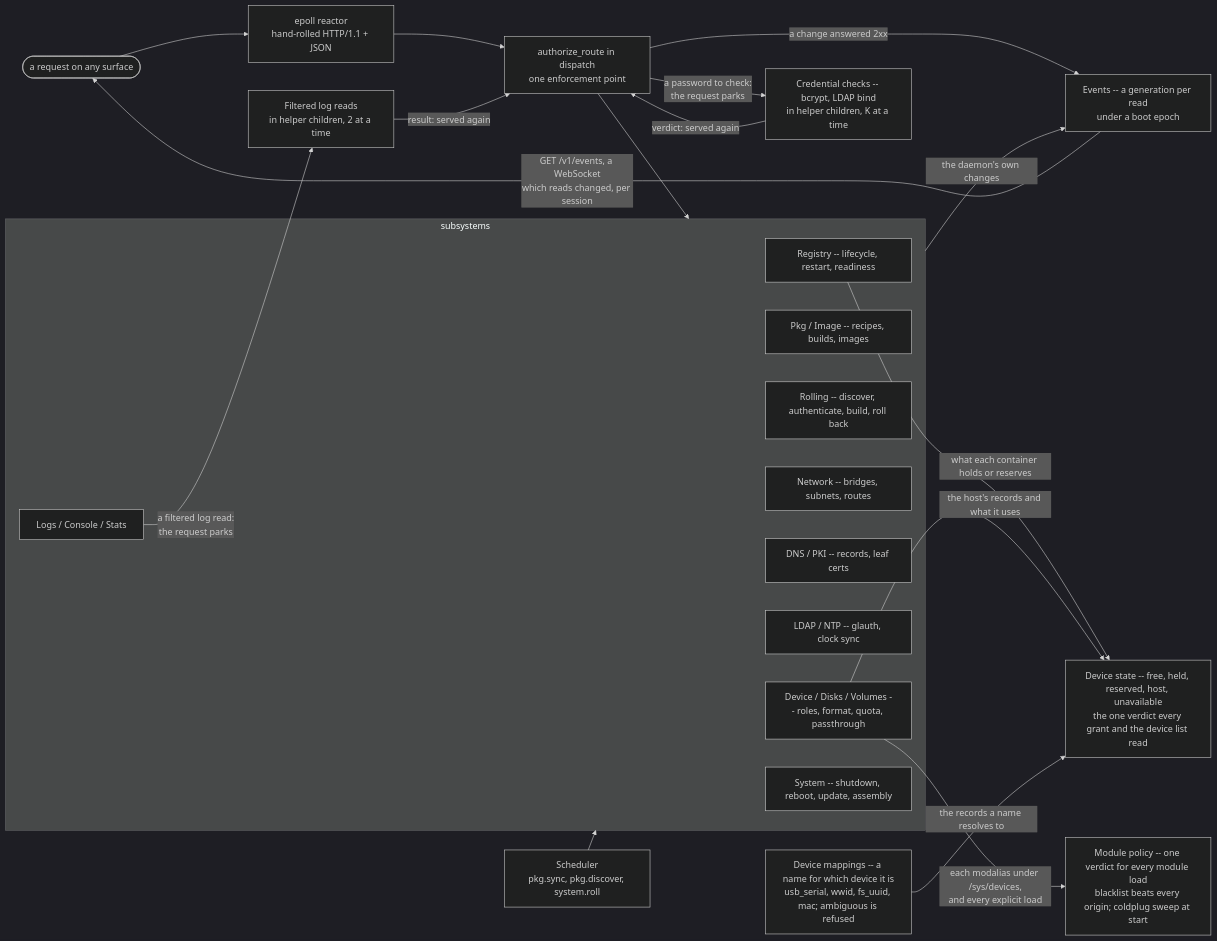
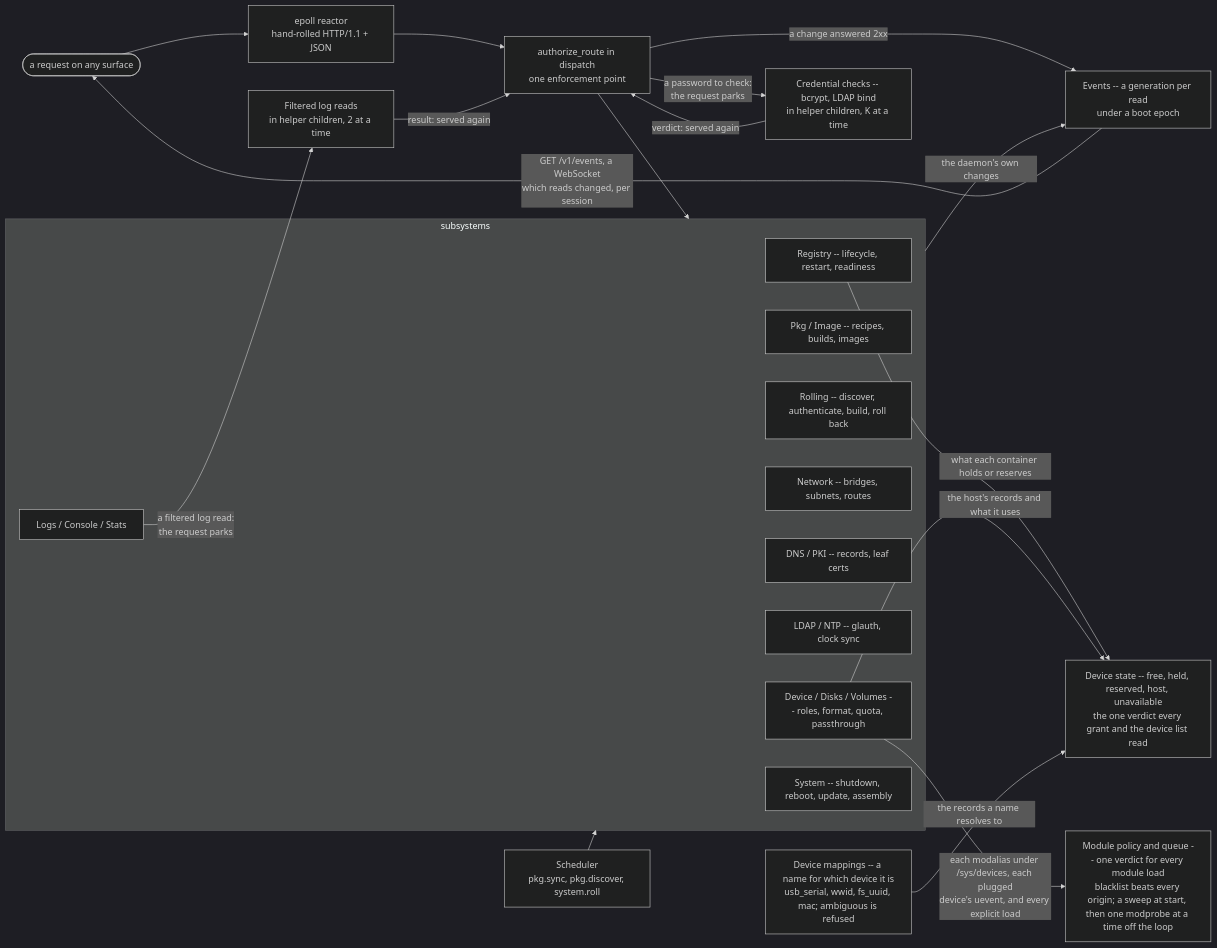
One commit to The-Cix-Project/cix changed the second of 6 diagrams in docs/architecture/architecture.md. Above: the diagram before and after it, drawn with Mermaid (dark theme). The commit also changed 17 other files, not shown here.

First line of the commit message:
ADR-0348 release two: a plugged device gets its driver, and modprobe leaves the event loop (#143)

````diff
--- a/docs/architecture/architecture.md
+++ b/docs/architecture/architecture.md
@@ -41,33 +41,33 @@
 ```mermaid
 flowchart LR
     req(["a request on any surface"]) --> reactor
     reactor["epoll reactor<br/>hand-rolled HTTP/1.1 + JSON"] --> rbac
     rbac -- "a password to check:<br/>the request parks" --> credcheck
     credcheck["Credential checks -- bcrypt, LDAP bind<br/>in helper children, K at a time"] -- "verdict: served again" --> rbac
     rbac["authorize_route in dispatch<br/>one enforcement point"] --> subsys
     sched["Scheduler<br/>pkg.sync, pkg.discover, system.roll"] --> subsys
     rbac -- "a change answered 2xx" --> events
     subsys -- "the daemon's own changes" --> events
     events["Events -- a generation per read<br/>under a boot epoch"]
     events -- "GET /v1/events, a WebSocket<br/>which reads changed, per session" --> req
 
     subgraph subsys["subsystems"]
         registry["Registry -- lifecycle, restart, readiness"]
         pkgimg["Pkg / Image -- recipes, builds, images"]
         rolling["Rolling -- discover, authenticate, build, roll back"]
         network["Network -- bridges, subnets, routes"]
         dnspki["DNS / PKI -- records, leaf certs"]
         ldapntp["LDAP / NTP -- glauth, clock sync"]
         devdisk["Device / Disks / Volumes -- roles, format, quota, passthrough"]
         system["System -- shutdown, reboot, update, assembly"]
         logs["Logs / Console / Stats"]
     end
     registry -- "what each container holds or reserves" --> devstate
     devdisk -- "the host's records and what it uses" --> devstate
     devstate["Device state -- free, held, reserved, host, unavailable<br/>the one verdict every grant and the device list read"]
     devmatch["Device mappings -- a name for which device it is<br/>usb_serial, wwid, fs_uuid, mac; ambiguous is refused"] -- "the records a name resolves to" --> devstate
-    kmodpolicy["Module policy -- one verdict for every module load<br/>blacklist beats every origin; coldplug sweep at start"]
-    devdisk -- "each modalias under /sys/devices,<br/>and every explicit load" --> kmodpolicy
+    kmodpolicy["Module policy and queue -- one verdict for every module load<br/>blacklist beats every origin; a sweep at start, then one modprobe at a time off the loop"]
+    devdisk -- "each modalias under /sys/devices, each plugged<br/>device's uevent, and every explicit load" --> kmodpolicy
     logs -- "a filtered log read:<br/>the request parks" --> logread
     logread["Filtered log reads<br/>in helper children, 2 at a time"] -- "result: served again" --> rbac
 ```
````
